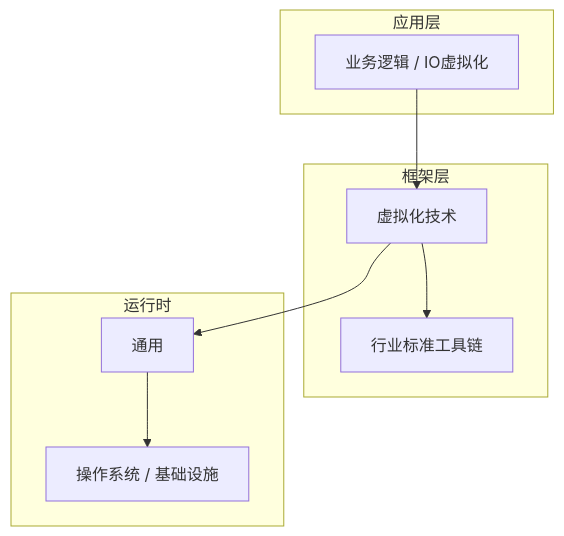
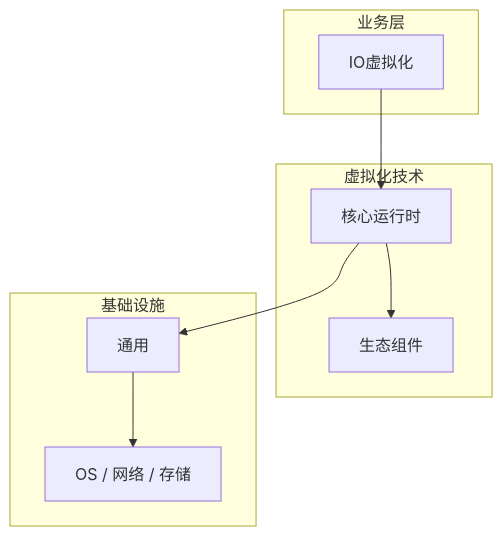
One commit to yanggan2015/knowledge-json-v2 changed the diagram in articles/虚拟化技术/chapters/025-IO虚拟化核心概念与原理.md. Above: the diagram before and after it, drawn with Mermaid. The commit also changed other lines of this file and 10127 other files, not shown here.

````diff
--- a/articles/虚拟化技术/chapters/025-IO虚拟化核心概念与原理.md
+++ b/articles/虚拟化技术/chapters/025-IO虚拟化核心概念与原理.md
@@ -45,18 +34,18 @@
 ```mermaid
 graph TB
-    subgraph 应用层
-        A[业务逻辑 / IO虚拟化]
+    subgraph 业务层
+        A[IO虚拟化]
     end
-    subgraph 框架层
-        B[虚拟化技术]
-        C[行业标准工具链]
+    subgraph 虚拟化技术
+        B[核心运行时]
+        C[生态组件]
     end
-    subgraph 运行时
+    subgraph 基础设施
         D[通用]
-        E[操作系统 / 基础设施]
+        E[OS / 网络 / 存储]
     end
     A --> B
     B --> C
     B --> D
     D --> E
 ```
````
